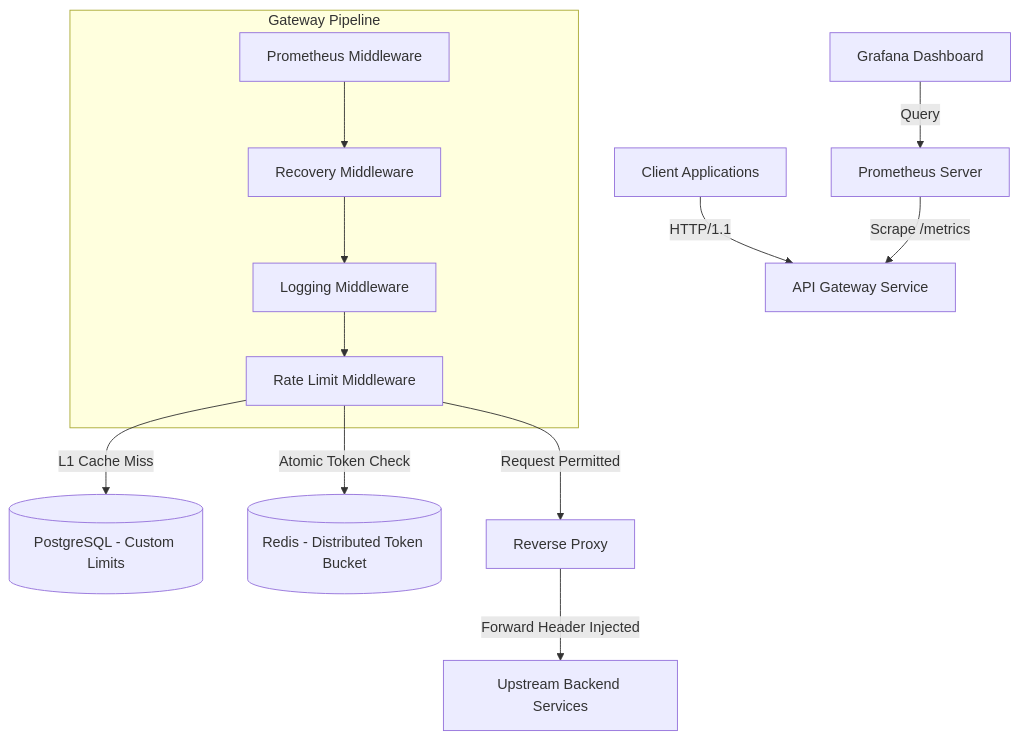
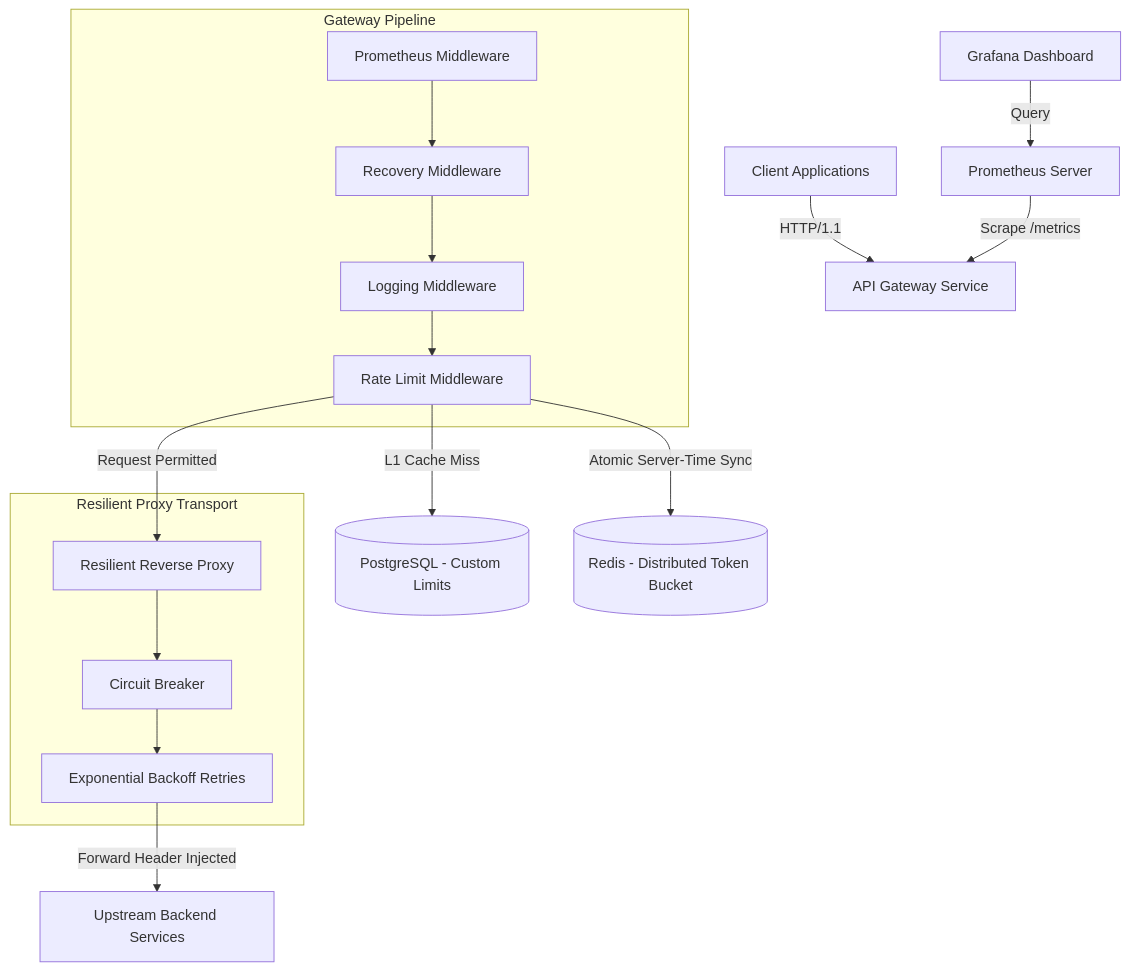
The diagram in README.md (HuanUnited/High-Throughput-API-Gateway-and-Rate-Limiter), drawn with Mermaid before and after one commit. The commit also changed other lines of this file and 7 other files, not shown here.

First line of the commit message:
feat(gateway): implement circuit breaker resilience, server-time sync, and dynamic db pooling

````diff
--- a/README.md
+++ b/README.md
@@ -9,19 +9,24 @@
 ```mermaid
 graph TD
     Client[Client Applications] -->|HTTP/1.1| Gateway[API Gateway Service]
     
     subgraph Gateway Pipeline
         Metrics[Prometheus Middleware] --> Recovery[Recovery Middleware]
         Recovery --> Logging[Logging Middleware]
         Logging --> RateLimit[Rate Limit Middleware]
     end
     
     RateLimit -->|L1 Cache Miss| Postgres[(PostgreSQL - Custom Limits)]
-    RateLimit -->|Atomic Token Check| Redis[(Redis - Distributed Token Bucket)]
-    RateLimit -->|Request Permitted| Proxy[Reverse Proxy]
+    RateLimit -->|Atomic Server-Time Sync| Redis[(Redis - Distributed Token Bucket)]
+    RateLimit -->|Request Permitted| ResilientProxy[Resilient Reverse Proxy]
     
-    Proxy -->|Forward Header Injected| Upstream[Upstream Backend Services]
+    subgraph Resilient Proxy Transport
+        ResilientProxy --> CircuitBreaker[Circuit Breaker]
+        CircuitBreaker --> Retries[Exponential Backoff Retries]
+    end
+    
+    Retries -->|Forward Header Injected| Upstream[Upstream Backend Services]
     
     Prometheus[Prometheus Server] -->|Scrape /metrics| Gateway
     Grafana[Grafana Dashboard] -->|Query| Prometheus
 ```
````
